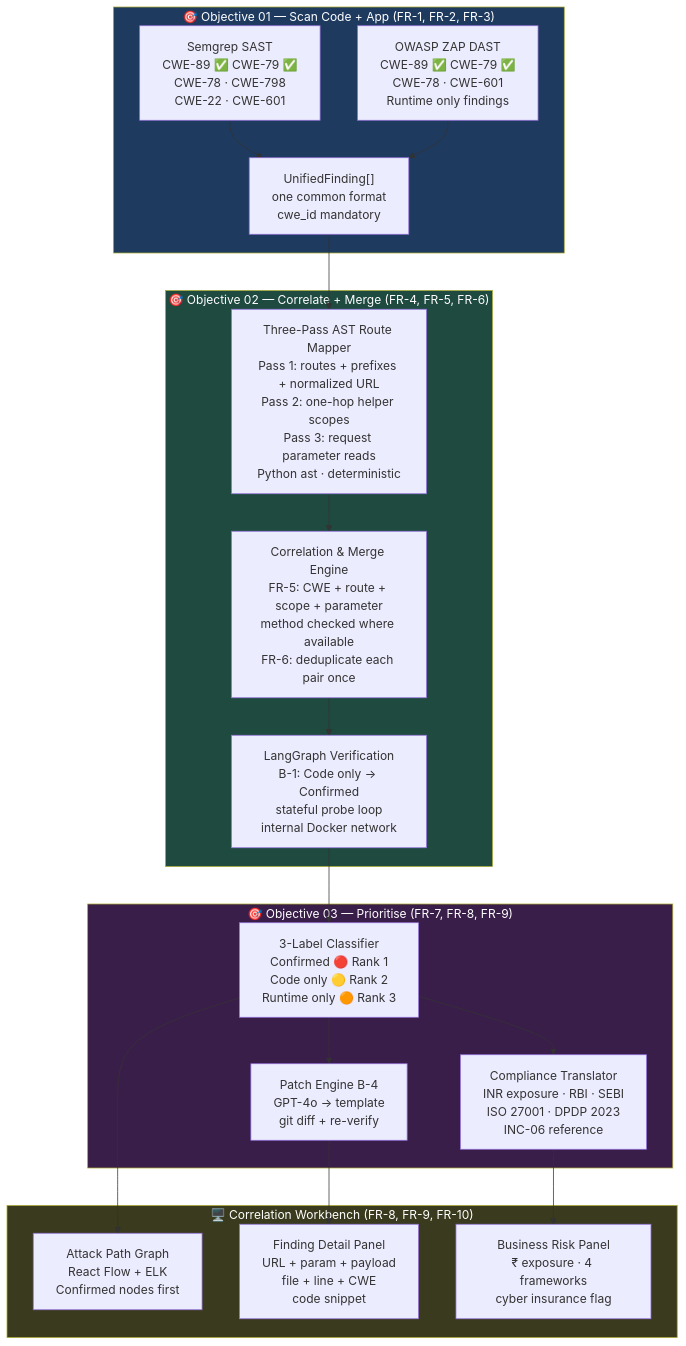
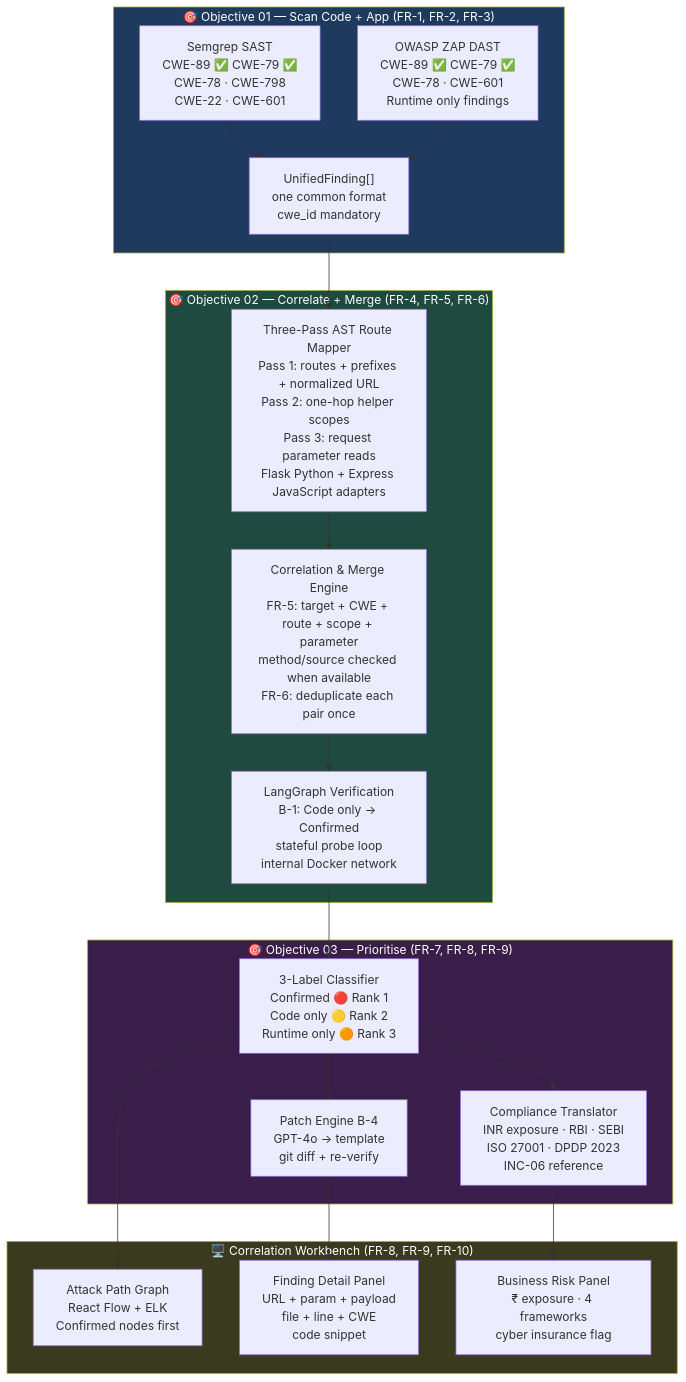
One commit to Halcyora/mitigata changed the first of 25 diagrams in docs/P06-Architecture.md. Above: the diagram before and after it, drawn with Mermaid. The commit also changed other lines of this file and 2 other files, not shown here.

First line of the commit message:
Enhance correlation engine documentation with target_id requirements and clarify merging logic

````diff
--- a/docs/P06-Architecture.md
+++ b/docs/P06-Architecture.md
@@ -38,42 +38,42 @@
 ```mermaid
 flowchart TD
     subgraph OBJ1["🎯 Objective 01 — Scan Code + App (FR-1, FR-2, FR-3)"]
         SAST["Semgrep SAST\nCWE-89 ✅ CWE-79 ✅\nCWE-78 · CWE-798\nCWE-22 · CWE-601"]
         DAST["OWASP ZAP DAST\nCWE-89 ✅ CWE-79 ✅\nCWE-78 · CWE-601\nRuntime only findings"]
         UF["UnifiedFinding[]\none common format\ncwe_id mandatory"]
         SAST --> UF
         DAST --> UF
     end
 
     subgraph OBJ2["🎯 Objective 02 — Correlate + Merge (FR-4, FR-5, FR-6)"]
-        AST["Three-Pass AST Route Mapper\nPass 1: routes + prefixes + normalized URL\nPass 2: one-hop helper scopes\nPass 3: request parameter reads\nPython ast · deterministic"]
-        CORR["Correlation & Merge Engine\nFR-5: CWE + route + scope + parameter\nmethod checked where available\nFR-6: deduplicate each pair once"]
+        AST["Three-Pass AST Route Mapper\nPass 1: routes + prefixes + normalized URL\nPass 2: one-hop helper scopes\nPass 3: request parameter reads\nFlask Python + Express JavaScript adapters"]
+        CORR["Correlation & Merge Engine\nFR-5: target + CWE + route + scope + parameter\nmethod/source checked when available\nFR-6: deduplicate each pair once"]
         LG["LangGraph Verification\nB-1: Code only → Confirmed\nstateful probe loop\ninternal Docker network"]
         UF --> AST
         AST --> CORR
         CORR --> LG
     end
 
     subgraph OBJ3["🎯 Objective 03 — Prioritise (FR-7, FR-8, FR-9)"]
         CLS["3-Label Classifier\nConfirmed 🔴 Rank 1\nCode only 🟡 Rank 2\nRuntime only 🟠 Rank 3"]
         PATCH["Patch Engine B-4\nGPT-4o → template\ngit diff + re-verify"]
         COMP["Compliance Translator\nINR exposure · RBI · SEBI\nISO 27001 · DPDP 2023\nINC-06 reference"]
         LG --> CLS
         CLS --> PATCH
         CLS --> COMP
     end
 
     subgraph UI["🖥️ Correlation Workbench (FR-8, FR-9, FR-10)"]
         GRAPH["Attack Path Graph\nReact Flow + ELK\nConfirmed nodes first"]
         DETAIL["Finding Detail Panel\nURL + param + payload\nfile + line + CWE\ncode snippet"]
         RISK["Business Risk Panel\n₹ exposure · 4 frameworks\ncyber insurance flag"]
         CLS --> GRAPH
         PATCH --> DETAIL
         COMP --> RISK
     end
 
     style OBJ1 fill:#1e3a5f,color:#fff
     style OBJ2 fill:#1e4a3f,color:#fff
     style OBJ3 fill:#3a1e4a,color:#fff
     style UI fill:#3a3a1e,color:#fff
 ```
````
